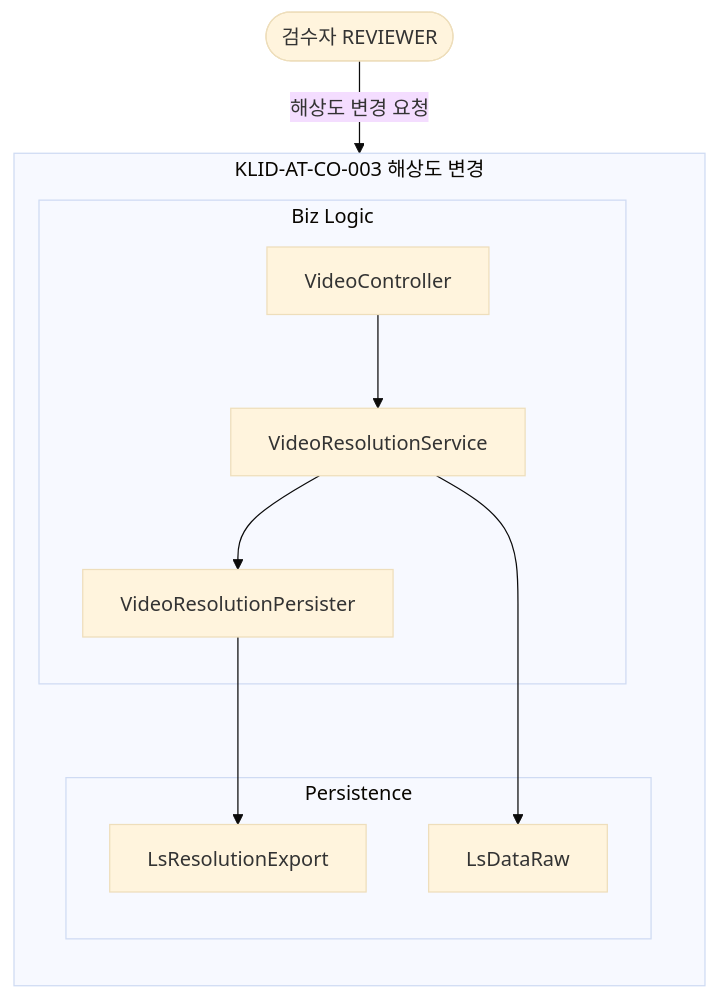
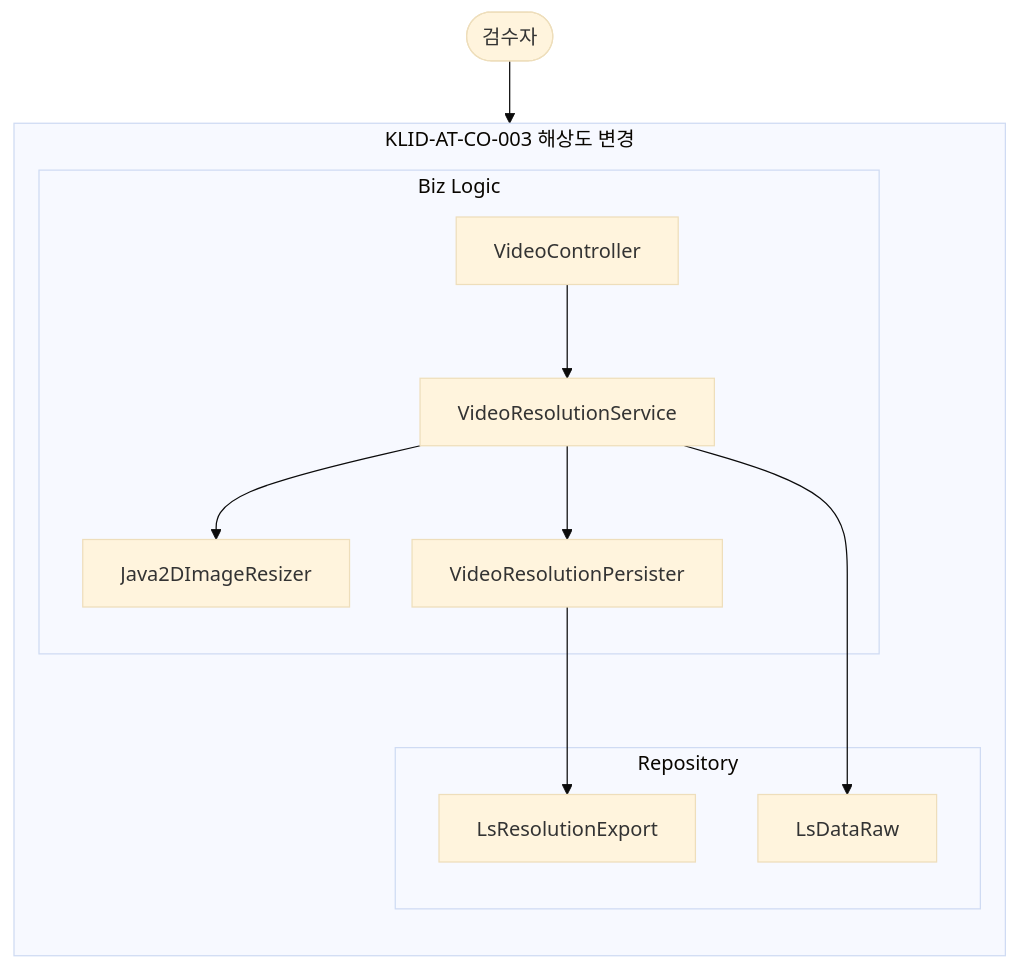
One commit to New-stella/klid-label changed the third of 18 diagrams in docs/design/D3-컴포넌트설계서.md. Above: the diagram before and after it, drawn with Mermaid (base theme). The commit also changed other lines of this file and 7 other files, not shown here.

````diff
--- a/docs/design/D3-컴포넌트설계서.md
+++ b/docs/design/D3-컴포넌트설계서.md
@@ -103,21 +104,23 @@
 ```mermaid
 flowchart TD
-    REVIEWER([검수자 REVIEWER])
+    REVIEWER([검수자])
     subgraph CO003[KLID-AT-CO-003 해상도 변경]
         direction TB
         subgraph BIZ3[Biz Logic]
             VC[VideoController]
             VRS[VideoResolutionService]
+            RSZ[Java2DImageResizer]
             VRP[VideoResolutionPersister]
         end
-        subgraph PER3[Persistence]
-            LRE[LsResolutionExport]
-            LDR[LsDataRaw]
+        subgraph REP3[Repository]
+            REX[LsResolutionExport]
+            RAW3[LsDataRaw]
         end
         VC --> VRS
+        VRS --> RSZ
         VRS --> VRP
-        VRP --> LRE
-        VRS --> LDR
+        VRS --> RAW3
+        VRP --> REX
     end
-    REVIEWER -->|해상도 변경 요청| VC
+    REVIEWER --> VC
 ```
````
